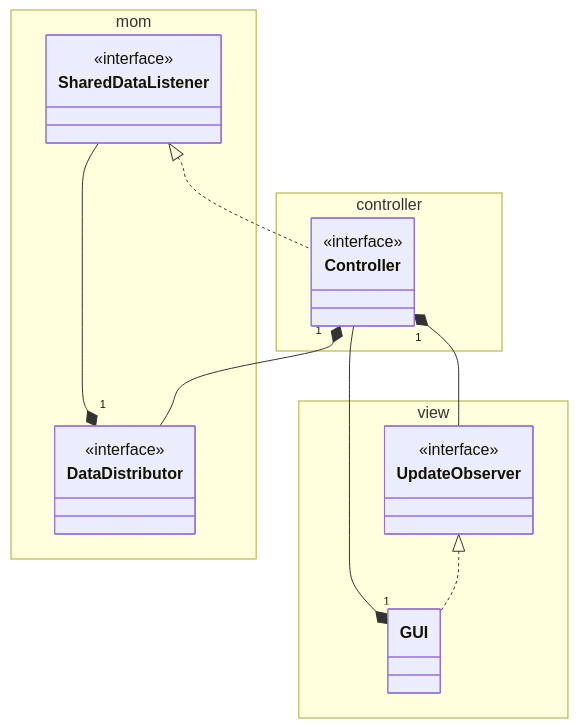
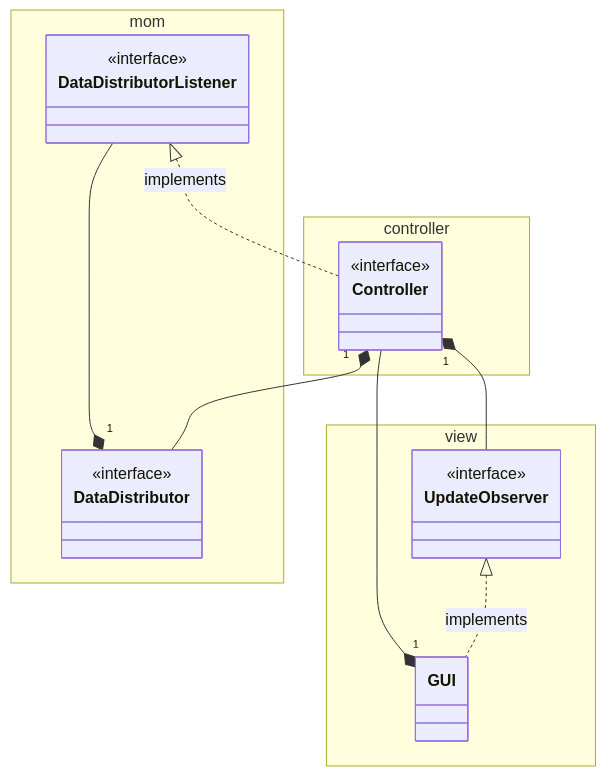
The first of 3 diagrams in README.md (TeoV00/coop-sudoku-pcd), drawn with Mermaid before and after one commit. The commit also changed other lines of this file, not shown here.

Commit message:
doc: uml fix, improved flow descr

````diff
--- a/README.md
+++ b/README.md
@@ -5,36 +5,36 @@
 ``` mermaid
 
 classDiagram
 
-SharedDataListener <|.. Controller
+DataDistributorListener <|.. Controller : implements
 Controller "1" *-- DataDistributor
 GUI "1" *-- Controller
-DataDistributor "1" *-- SharedDataListener
+DataDistributor "1" *-- DataDistributorListener
 Controller "1" *-- UpdateObserver
 
-UpdateObserver <|.. GUI
+UpdateObserver <|.. GUI : implements
 
 
 namespace controller {
   class Controller {
     <<interface>>
   }
 }
 
 namespace mom {
   class DataDistributor {
     <<interface>>
   }
-  class SharedDataListener {
+  class DataDistributorListener {
     <<interface>>
   }
 
 }
 
 namespace view {
   class GUI
   class UpdateObserver {
     <<interface>>
   }
 }
 ```
````
